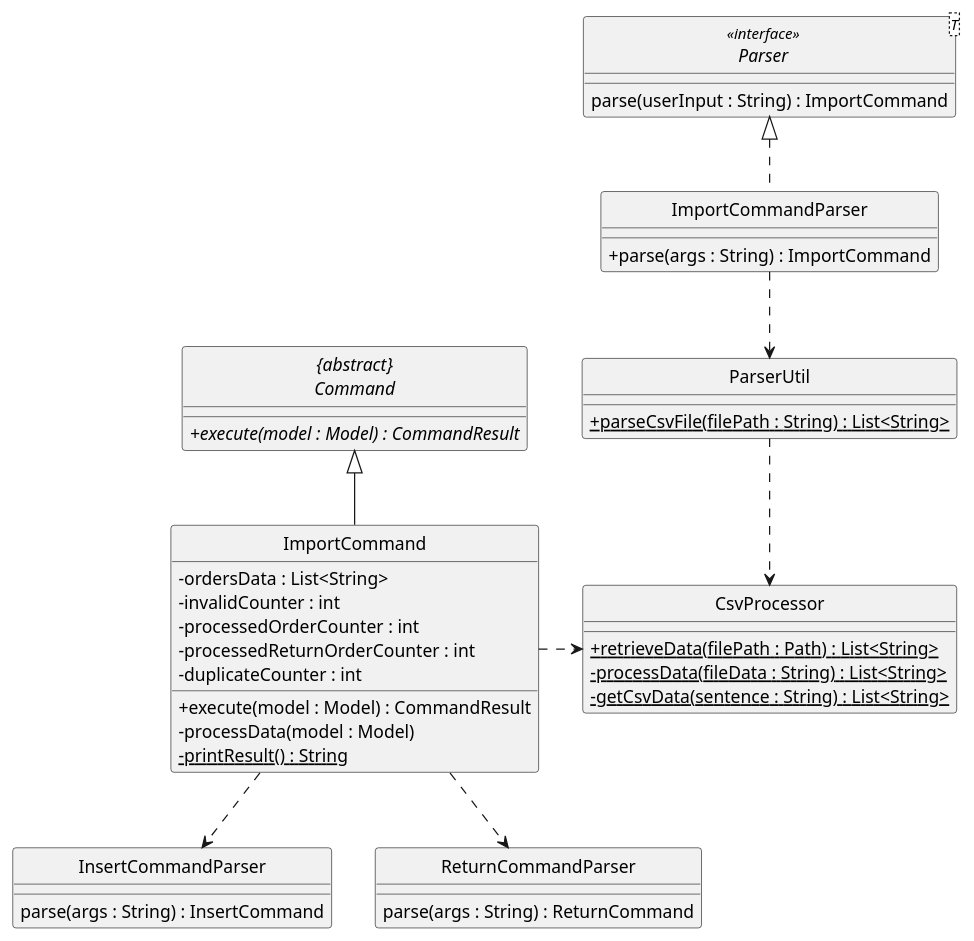
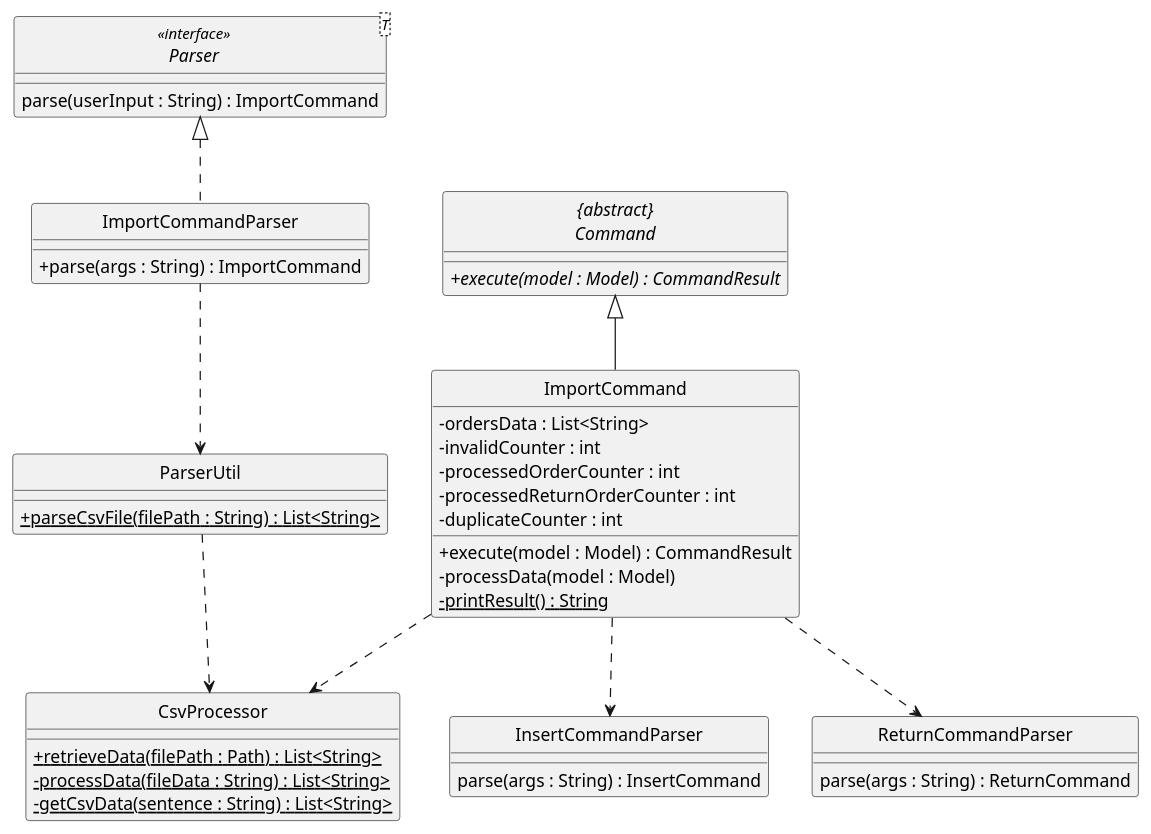
Before and after one commit to nus-cs2103-AY1920S2/addressbook-level3: the diagram in docs/diagrams/ImportClassDiagram.puml, drawn with PlantUML. The commit also changed 10 other files, not shown here.

First line of the commit message:
Update of UML diagram report for Eng Xuan En.

```diff
--- a/docs/diagrams/ImportClassDiagram.puml
+++ b/docs/diagrams/ImportClassDiagram.puml
@@ -1,58 +1,58 @@
 @startuml
 skinparam backgroundColor #ffffff
 skinparam classAttributeIconSize 0
 hide circle
 
 class ImportCommandParser implements Parser {
     /' Methods '/
     + parse(args : String) : ImportCommand
 }
 
 interface Parser<T> <<interface>> {
     parse(userInput : String) : ImportCommand
 }
 
 abstract class "{abstract}\nCommand" {
     + {abstract} execute(model : Model) : CommandResult
 }
 
 class ImportCommand {
     /' Fields '/
 
     - ordersData : List<String>
     - invalidCounter : int
     - processedOrderCounter : int
     - processedReturnOrderCounter : int
     - duplicateCounter : int
 
     /' Methods '/
     + execute(model : Model) : CommandResult
     - processData(model : Model)
     - {static} printResult() : String
 }
 
 class ParserUtil {
     + {static} parseCsvFile(filePath : String) : List<String>
 }
 
 class CsvProcessor {
     + {static} retrieveData(filePath : Path) : List<String>
     - {static} processData(fileData : String) : List<String>
     - {static} getCsvData(sentence : String) : List<String>
 }
 
 class InsertCommandParser {
     parse(args : String) : InsertCommand
 }
 
 class ReturnCommandParser {
     parse(args : String) : ReturnCommand
 }
 
 ImportCommand ..> InsertCommandParser
 ImportCommand ..> ReturnCommandParser
 ImportCommandParser ..down> ParserUtil
 ParserUtil ..down> CsvProcessor
-ImportCommand ..right> CsvProcessor
+ImportCommand ..> CsvProcessor
 ImportCommand --up|> "{abstract}\nCommand"
 @enduml
```
